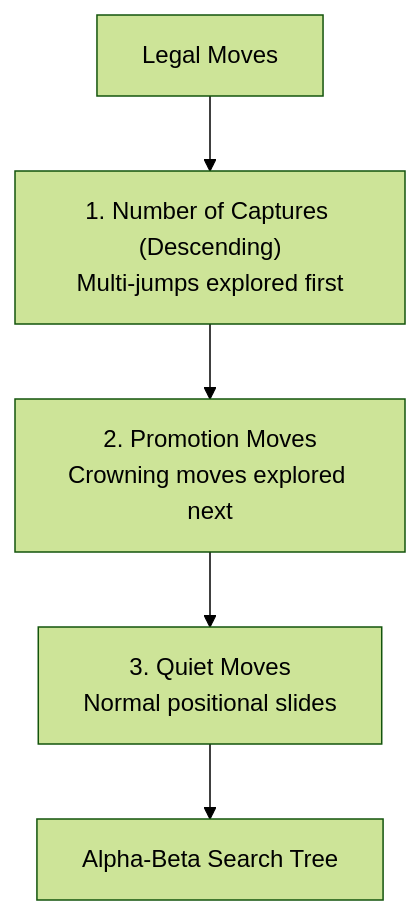
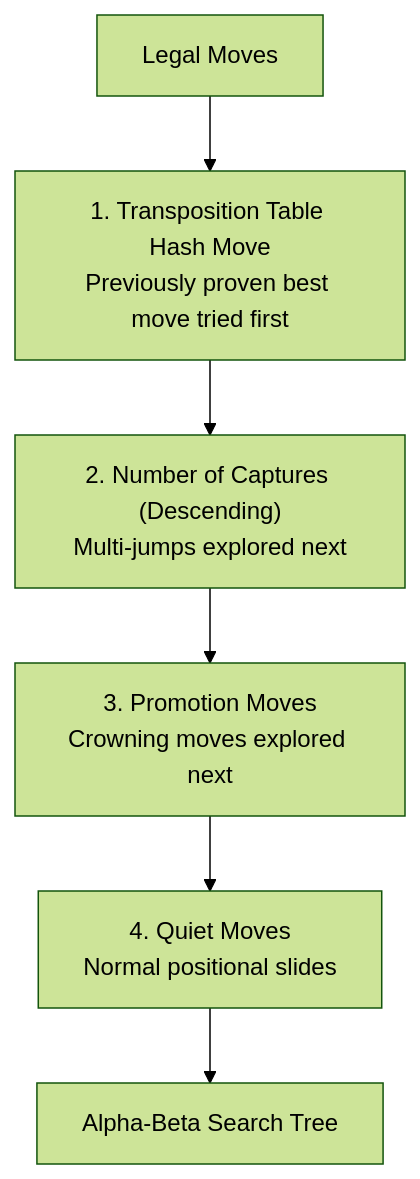
Before and after one commit to cjp-dev/Checkers: the diagram in docs/brain/06-move-ordering.md, drawn with Mermaid (forest theme). The commit also changed other lines of this file and 10 other files, not shown here.

````diff
--- a/docs/brain/06-move-ordering.md
+++ b/docs/brain/06-move-ordering.md
@@ -17,7 +17,8 @@
 ```mermaid
 flowchart TD
-    Legal[Legal Moves] --> CapCount["1. Number of Captures (Descending)<br/>Multi-jumps explored first"]
-    CapCount --> Prom["2. Promotion Moves<br/>Crowning moves explored next"]
-    Prom --> Quiet["3. Quiet Moves<br/>Normal positional slides"]
+    Legal[Legal Moves] --> HashMove["1. Transposition Table Hash Move<br/>Previously proven best move tried first"]
+    HashMove --> CapCount["2. Number of Captures (Descending)<br/>Multi-jumps explored next"]
+    CapCount --> Prom["3. Promotion Moves<br/>Crowning moves explored next"]
+    Prom --> Quiet["4. Quiet Moves<br/>Normal positional slides"]
     Quiet --> Search[Alpha-Beta Search Tree]
 ```
````
